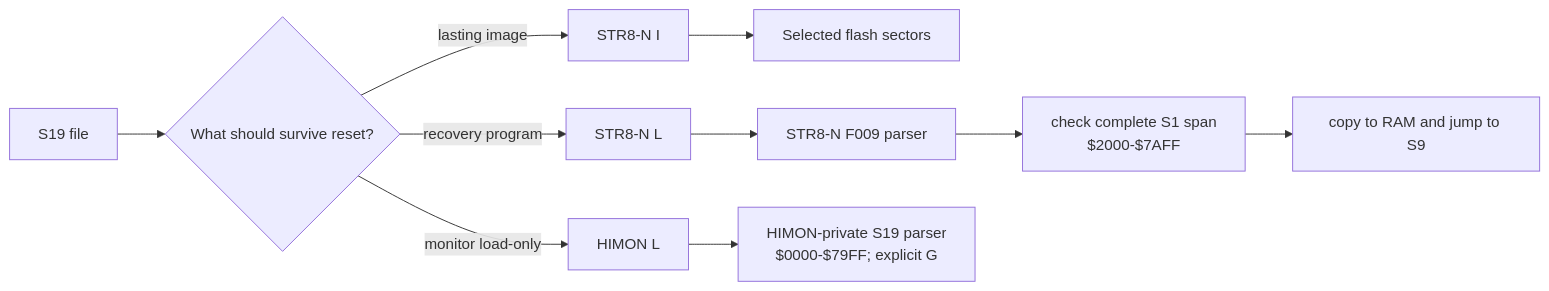
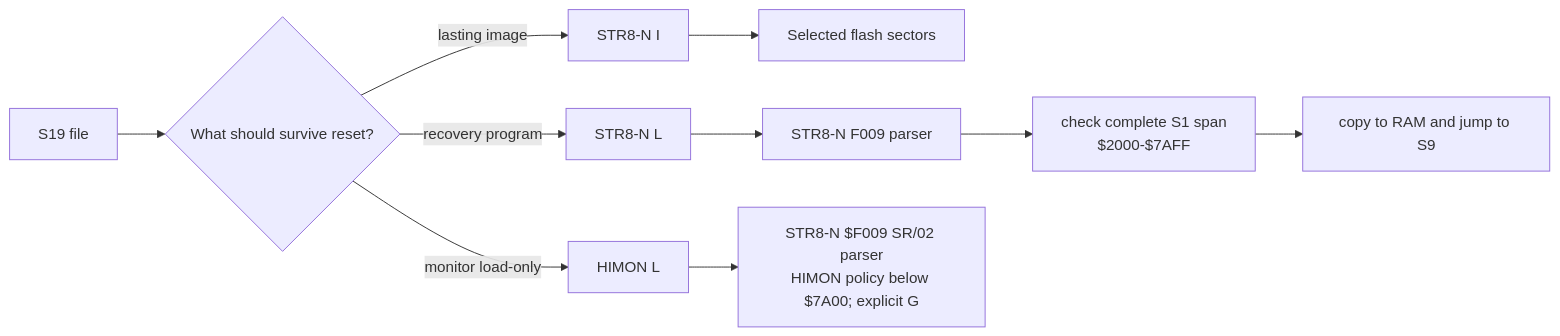
The eighth of 14 diagrams in docs/MAPS.md (95westus/STR8-N), drawn with Mermaid before and after one commit. The commit also changed other lines of this file and 10 other files, not shown here.

````diff
--- a/docs/MAPS.md
+++ b/docs/MAPS.md
@@ -229,12 +229,12 @@
 ```mermaid
 flowchart LR
     S19[S19 file] --> CHOICE{What should survive reset?}
     CHOICE -->|lasting image| I[STR8-N I]
     I --> FW[Selected flash sectors]
     CHOICE -->|recovery program| SL[STR8-N L]
     SL --> RP[STR8-N F009 parser]
     RP --> BOUND[check complete S1 span<br/>$2000-$7AFF]
     BOUND --> RM[copy to RAM and jump to S9]
     CHOICE -->|monitor load-only| HL[HIMON L]
-    HL --> HP[HIMON-private S19 parser<br/>$0000-$79FF; explicit G]
+    HL --> HP[STR8-N $F009 SR/02 parser<br/>HIMON policy below $7A00; explicit G]
 ```
````
